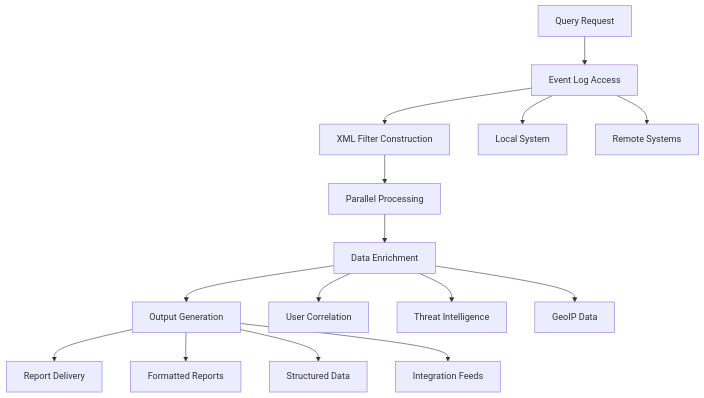
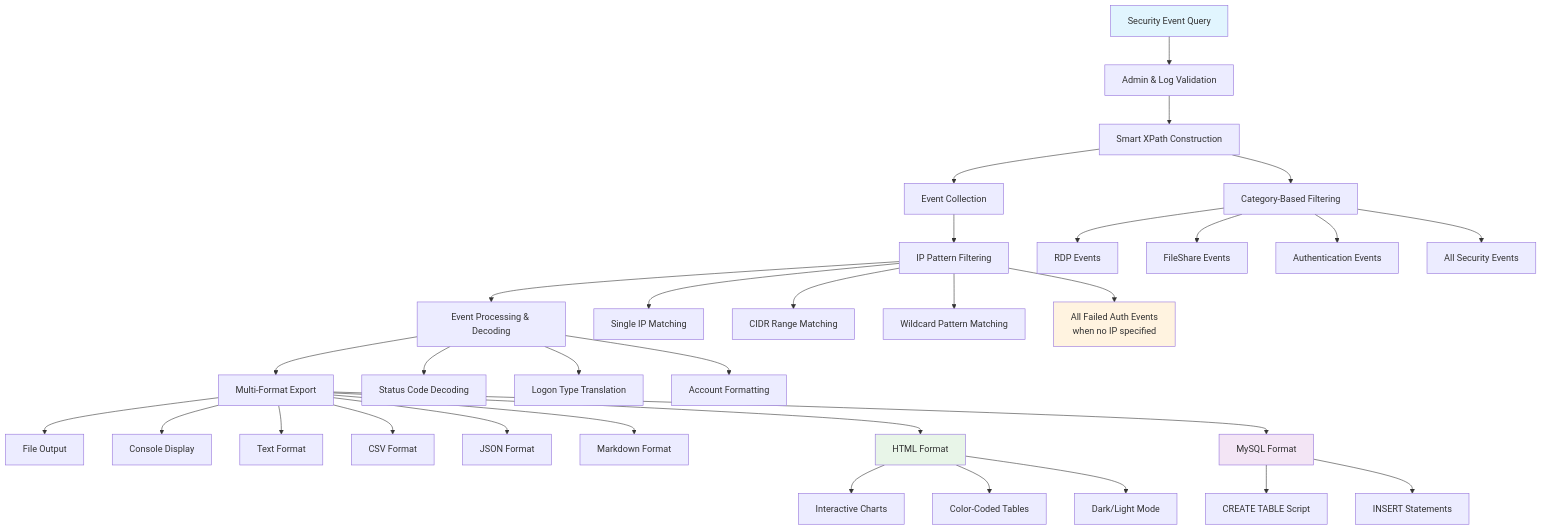
The diagram in README.md (paulmann/Get-Windows-Security-Events-By-IP), drawn with Mermaid before and after one commit. The commit also changed other lines of this file, not shown here.

````diff
--- a/README.md
+++ b/README.md
@@ -114,20 +239,45 @@
 ```mermaid
 graph TB
-    A[Query Request] --> B[Event Log Access]
-    B --> C[XML Filter Construction]
-    C --> D[Parallel Processing]
-    D --> E[Data Enrichment]
-    E --> F[Output Generation]
-    F --> G[Report Delivery]
+    A[Security Event Query] --> B[Admin & Log Validation]
+    B --> C[Smart XPath Construction]
+    C --> D[Event Collection]
+    D --> E[IP Pattern Filtering]
+    E --> F[Event Processing & Decoding]
+    F --> G[Multi-Format Export]
+    G --> H[File Output]
+    G --> I[Console Display]
     
-    B --> H[Local System]
-    B --> I[Remote Systems]
+    C --> J[Category-Based Filtering]
+    J --> K[RDP Events]
+    J --> L[FileShare Events]
+    J --> M[Authentication Events]
+    J --> N[All Security Events]
     
-    E --> J[User Correlation]
-    E --> K[Threat Intelligence]
-    E --> L[GeoIP Data]
+    E --> O[Single IP Matching]
+    E --> P[CIDR Range Matching]
+    E --> Q[Wildcard Pattern Matching]
+    E --> R[All Failed Auth Events<br>when no IP specified]
     
-    F --> M[Formatted Reports]
-    F --> N[Structured Data]
-    F --> O[Integration Feeds]
+    F --> S[Status Code Decoding]
+    F --> T[Logon Type Translation]
+    F --> U[Account Formatting]
+    
+    G --> V[Text Format]
+    G --> W[CSV Format]
+    G --> X[JSON Format]
+    G --> Y[Markdown Format]
+    G --> Z[HTML Format]
+    G --> AA[MySQL Format]
+    
+    Z --> AB[Interactive Charts]
+    Z --> AC[Color-Coded Tables]
+    Z --> AD[Dark/Light Mode]
+    
+    AA --> AE[CREATE TABLE Script]
+    AA --> AF[INSERT Statements]
+    
+    style A fill:#e1f5fe
+    style R fill:#fff3e0
+    style Z fill:#e8f5e8
+    style AA fill:#f3e5f5
 ```
````
